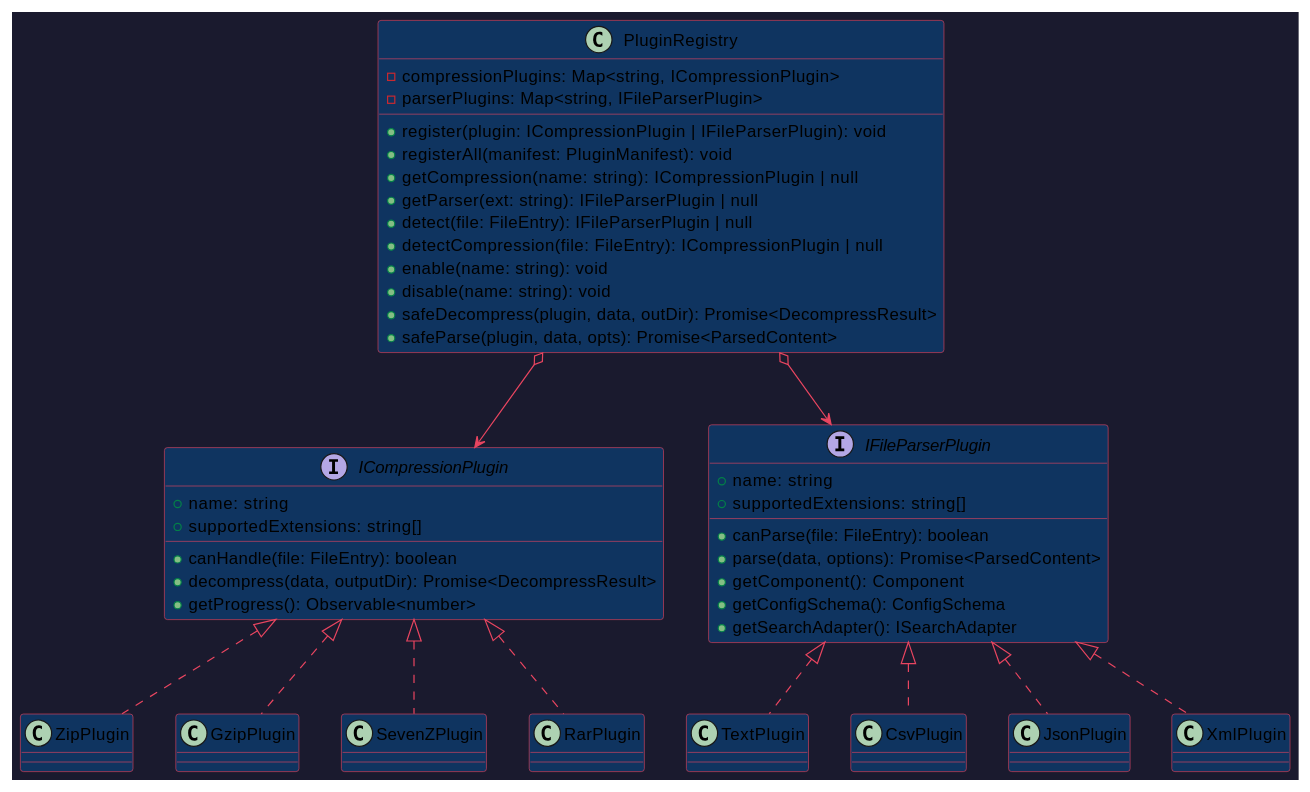
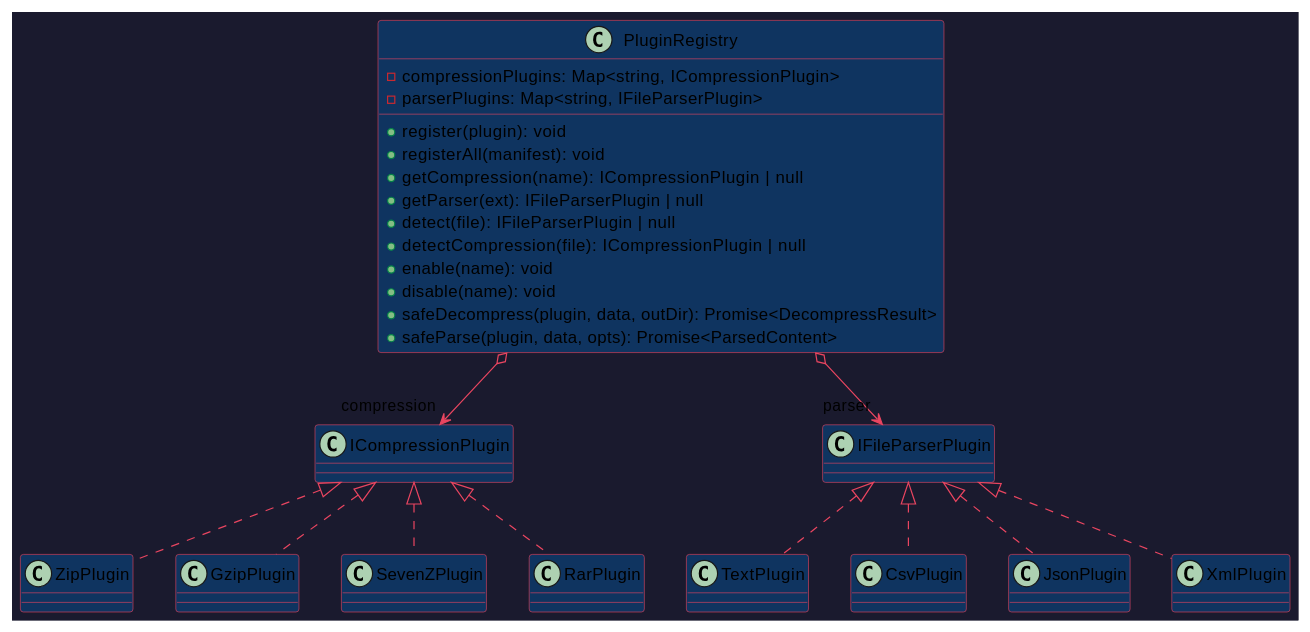
One commit to taoweidong/Hello-Tauri changed diagram 13 of 20 in docs/superpowers/specs/2026-06-26-system-architecture-design.md. Above: the diagram before and after it, drawn with PlantUML. The commit also changed other lines of this file, not shown here.

Commit message:
docs: restructure into frontend/backend design, add page layout and component mapping

````diff
--- a/docs/superpowers/specs/2026-06-26-system-architecture-design.md
+++ b/docs/superpowers/specs/2026-06-26-system-architecture-design.md
@@ -326,62 +751,44 @@
 ```plantuml
 @startuml
 skinparam backgroundColor #1a1a2e
 skinparam defaultTextColor #e0e0e0
 skinparam classBackgroundColor #0f3460
 skinparam classBorderColor #e94560
 skinparam arrowColor #e94560
 
 class PluginRegistry {
   - compressionPlugins: Map<string, ICompressionPlugin>
   - parserPlugins: Map<string, IFileParserPlugin>
-  + register(plugin: ICompressionPlugin | IFileParserPlugin): void
-  + registerAll(manifest: PluginManifest): void
-  + getCompression(name: string): ICompressionPlugin | null
-  + getParser(ext: string): IFileParserPlugin | null
-  + detect(file: FileEntry): IFileParserPlugin | null
-  + detectCompression(file: FileEntry): ICompressionPlugin | null
-  + enable(name: string): void
-  + disable(name: string): void
+  + register(plugin): void
+  + registerAll(manifest): void
+  + getCompression(name): ICompressionPlugin | null
+  + getParser(ext): IFileParserPlugin | null
+  + detect(file): IFileParserPlugin | null
+  + detectCompression(file): ICompressionPlugin | null
+  + enable(name): void
+  + disable(name): void
   + safeDecompress(plugin, data, outDir): Promise<DecompressResult>
   + safeParse(plugin, data, opts): Promise<ParsedContent>
-}
-
-interface ICompressionPlugin {
-  + name: string
-  + supportedExtensions: string[]
-  + canHandle(file: FileEntry): boolean
-  + decompress(data, outputDir): Promise<DecompressResult>
-  + getProgress(): Observable<number>
-}
-
-interface IFileParserPlugin {
-  + name: string
-  + supportedExtensions: string[]
-  + canParse(file: FileEntry): boolean
-  + parse(data, options): Promise<ParsedContent>
-  + getComponent(): Component
-  + getConfigSchema(): ConfigSchema
-  + getSearchAdapter(): ISearchAdapter
 }
 
 class ZipPlugin
 class GzipPlugin
 class SevenZPlugin
 class RarPlugin
 class TextPlugin
 class CsvPlugin
 class JsonPlugin
 class XmlPlugin
 
-PluginRegistry o--> ICompressionPlugin
-PluginRegistry o--> IFileParserPlugin
+PluginRegistry o--> "compression" ICompressionPlugin
+PluginRegistry o--> "parser" IFileParserPlugin
 ICompressionPlugin <|.. ZipPlugin
 ICompressionPlugin <|.. GzipPlugin
 ICompressionPlugin <|.. SevenZPlugin
 ICompressionPlugin <|.. RarPlugin
 IFileParserPlugin <|.. TextPlugin
 IFileParserPlugin <|.. CsvPlugin
 IFileParserPlugin <|.. JsonPlugin
 IFileParserPlugin <|.. XmlPlugin
 @enduml
 ```
````
